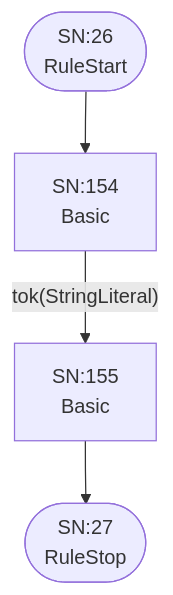
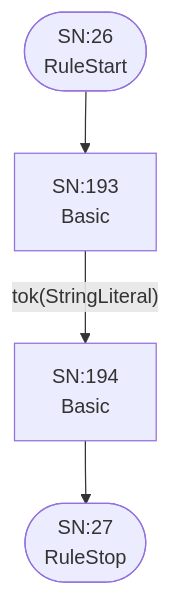
One commit to TypeFox/fastbelt changed diagram 14 of 25 in internal/grammar/atn.md. Above: the diagram before and after it, drawn with Mermaid. The commit also changed other lines of this file and 12 other files, not shown here.

````diff
--- a/internal/grammar/atn.md
+++ b/internal/grammar/atn.md
@@ -447,11 +447,11 @@
 ```mermaid
 flowchart TD
     q26(["SN:26<br/>RuleStart"])
     q27(["SN:27<br/>RuleStop"])
-    q154["SN:154<br/>Basic<br/>"]
-    q155["SN:155<br/>Basic<br/>"]
+    q193["SN:193<br/>Basic<br/>"]
+    q194["SN:194<br/>Basic<br/>"]
 
-    q26 --> q154
-    q154 -->|"tok(StringLiteral)"| q155
-    q155 --> q27
+    q26 --> q193
+    q193 -->|"tok(StringLiteral)"| q194
+    q194 --> q27
 ```
````
